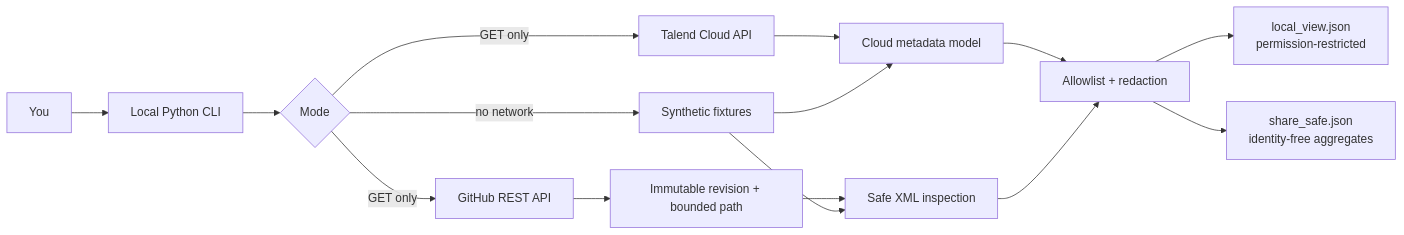
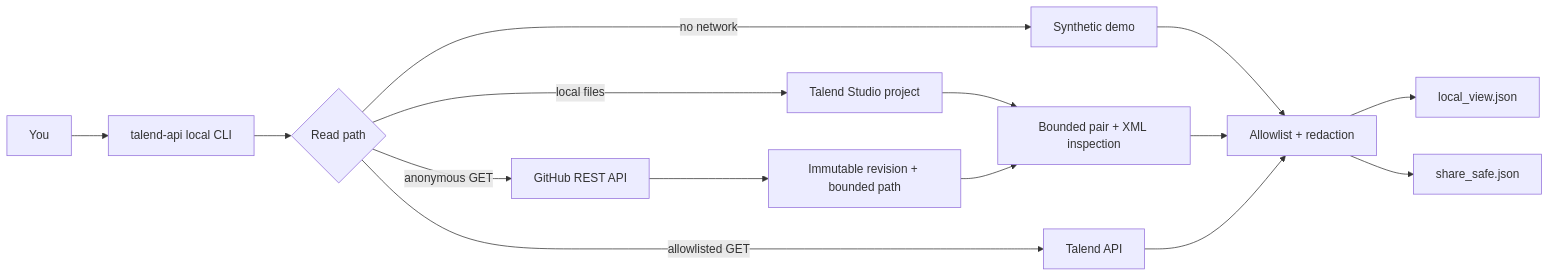
One commit to emrekaany/talend-cloud-github-api-starter changed the diagram in README.md. Above: the diagram before and after it, drawn with Mermaid. The commit also changed other lines of this file and 44 other files, not shown here.

Commit message:
feat: release Talend API and GitHub API CLI v0.2

````diff
--- a/README.md
+++ b/README.md
@@ -74,17 +40,17 @@
 ```mermaid
 flowchart LR
-    U["You"] --> CLI["Local Python CLI"]
-    CLI --> MODE{"Mode"}
-    MODE -->|"no network"| DEMO["Synthetic fixtures"]
-    MODE -->|"GET only"| CLOUD["Talend Cloud API"]
-    MODE -->|"GET only"| GH["GitHub REST API"]
-    CLOUD --> CMM["Cloud metadata model"]
+    U["You"] --> CLI["talend-api local CLI"]
+    CLI --> MODE{"Read path"}
+    MODE -->|"no network"| DEMO["Synthetic demo"]
+    MODE -->|"local files"| LOCAL["Talend Studio project"]
+    MODE -->|"anonymous GET"| GH["GitHub REST API"]
+    MODE -->|"allowlisted GET"| API["Talend API"]
+    LOCAL --> XML["Bounded pair + XML inspection"]
     GH --> REV["Immutable revision + bounded path"]
-    REV --> XML["Safe XML inspection"]
-    DEMO --> CMM
-    DEMO --> XML
-    CMM --> SAFE["Allowlist + redaction"]
-    XML --> SAFE
-    SAFE --> LOCAL["local_view.json<br/>permission-restricted"]
-    SAFE --> SHARE["share_safe.json<br/>identity-free aggregates"]
+    REV --> XML
+    DEMO --> POLICY["Allowlist + redaction"]
+    XML --> POLICY
+    API --> POLICY
+    POLICY --> LV["local_view.json"]
+    POLICY --> SS["share_safe.json"]
 ```
````
